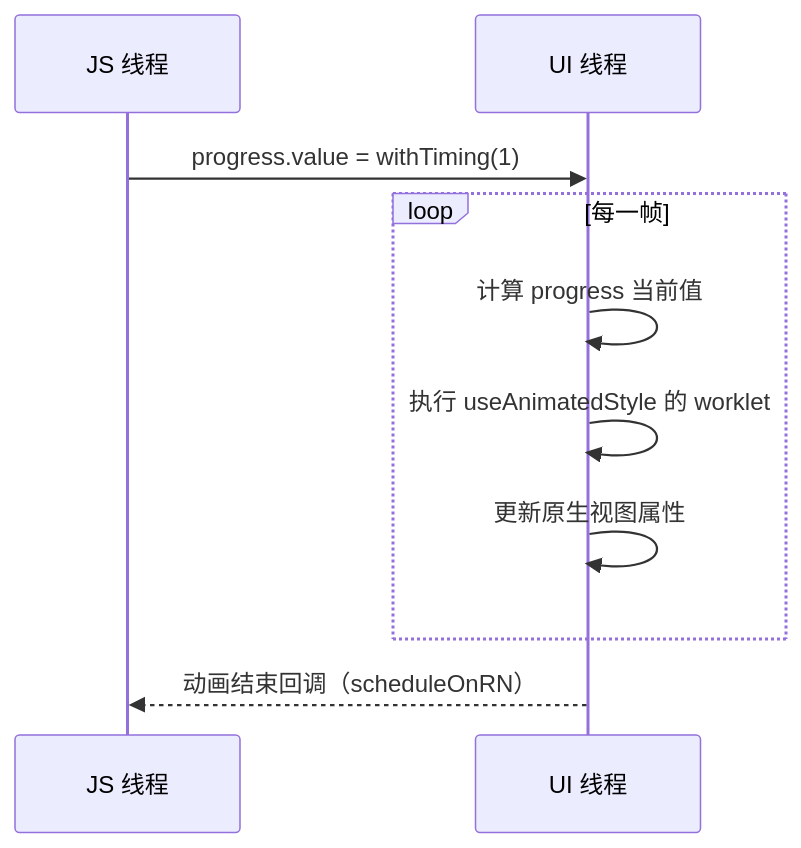
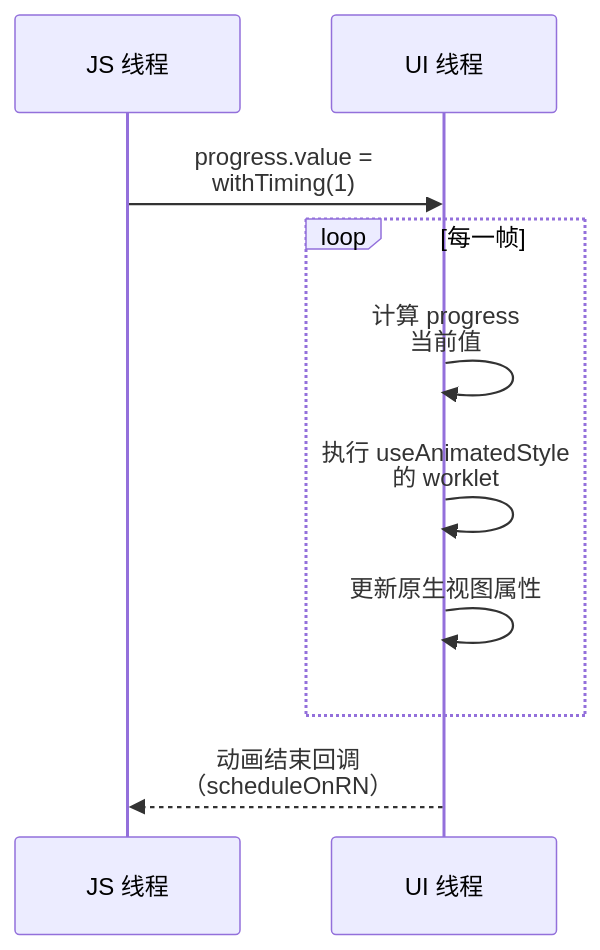
One commit to jarvis-pro/hatch-shelf changed the diagram in books/rn-expo/09-performance-reanimated.md. Above: the diagram before and after it, drawn with Mermaid. The commit also changed 432 other files, not shown here.

````diff
--- a/books/rn-expo/09-performance-reanimated.md
+++ b/books/rn-expo/09-performance-reanimated.md
@@ -58,12 +58,12 @@
 ```mermaid
 sequenceDiagram
   participant JS as JS 线程
   participant UI as UI 线程
-  JS->>UI: progress.value = withTiming(1)
+  JS->>UI: progress.value =<br/>withTiming(1)
   loop 每一帧
-    UI->>UI: 计算 progress 当前值
-    UI->>UI: 执行 useAnimatedStyle 的 worklet
+    UI->>UI: 计算 progress<br/>当前值
+    UI->>UI: 执行 useAnimatedStyle<br/>的 worklet
     UI->>UI: 更新原生视图属性
   end
-  UI-->>JS: 动画结束回调（scheduleOnRN）
+  UI-->>JS: 动画结束回调<br/>（scheduleOnRN）
 ```
````
